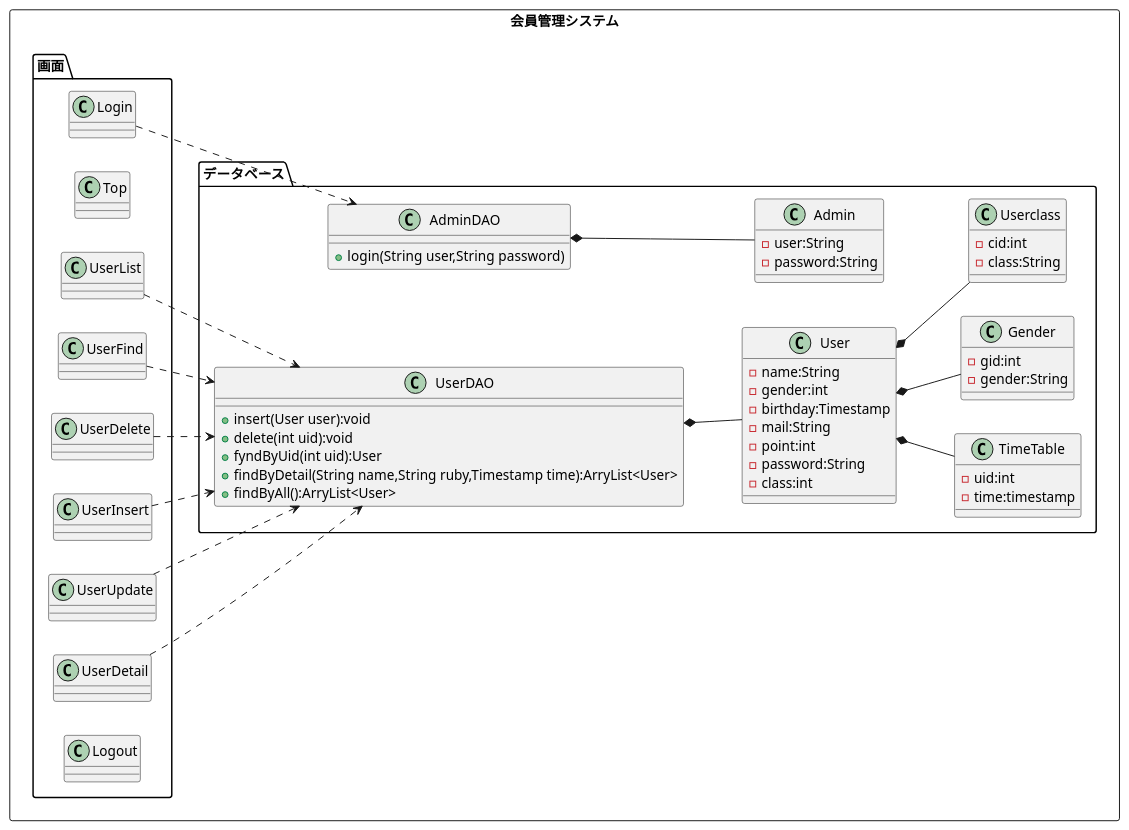
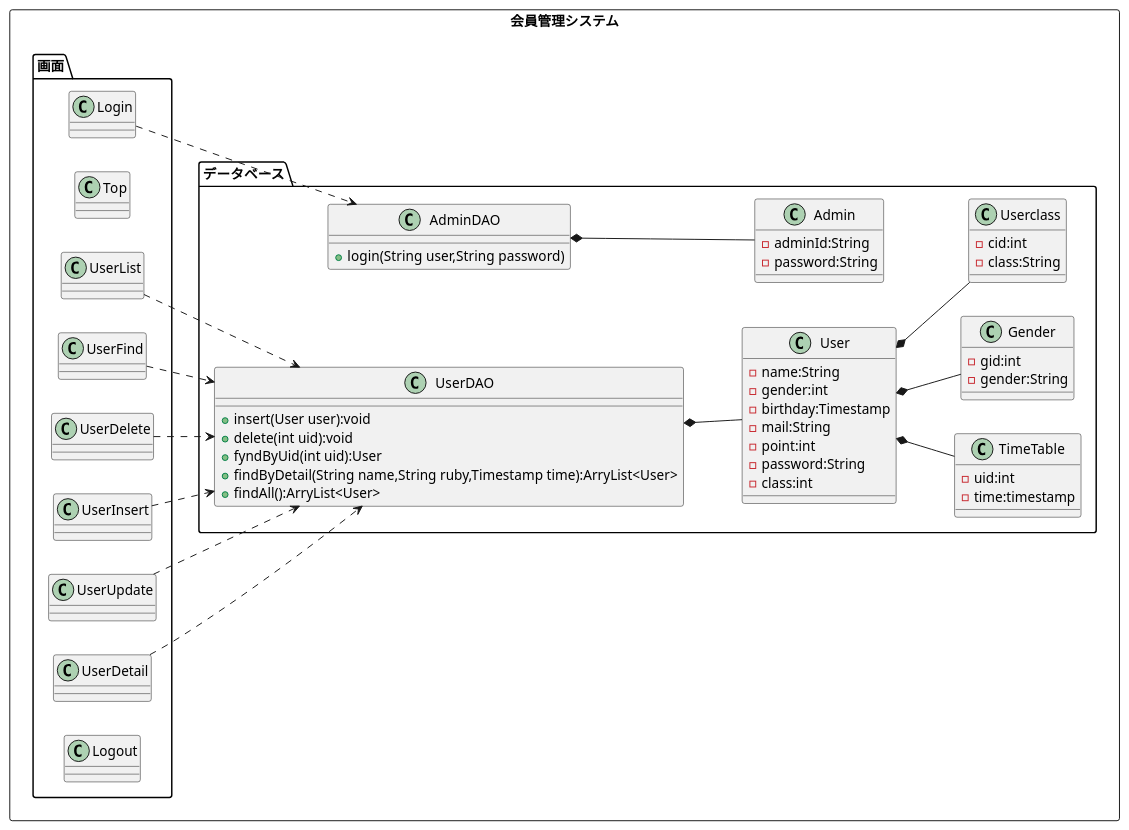
One commit to toufu66/ProjectC changed the diagram in uml_detail/class.pu. Above: the diagram before and after it, drawn with PlantUML.

Commit message:
クラス図 詳細設計

```diff
--- a/uml_detail/class.pu
+++ b/uml_detail/class.pu
@@ -1,96 +1,96 @@
 @startuml
 left to right direction
 rectangle 会員管理システム{
 package 画面{
 	class Login{
 
 	}
 	class Top{
 
 	}
 	class UserList{
 
 	}
 	class UserFind{
 
 	}
 	class UserDelete{
 
 	}
 	class UserInsert{
 
 	}
 	class UserUpdate{
 
 	}
 	class UserDetail{
 
 	}
 	class Logout{
 
 	}
 
 
 }
 
 package データベース{
 	class UserDAO{
 		+insert(User user):void
 		+delete(int uid):void
 		+fyndByUid(int uid):User
 		+findByDetail(String name,String ruby,Timestamp time):ArryList<User>
-		+findByAll():ArryList<User>
+		+findAll():ArryList<User>
 	}
 	class User{
 		-name:String
 		-gender:int
 		-birthday:Timestamp
 		-mail:String
 		-point:int
 		-password:String
 		-class:int
 	}
 	class Admin{
-		-user:String
+		-adminId:String
 		-password:String
 	}
 	class AdminDAO{
 
 		+login(String user,String password)
 
 	}
 	class TimeTable{
 		-uid:int
 		-time:timestamp
 
 	}
 	class Gender{
 		-gid:int
 		-gender:String
 
 	}
 	class Userclass{
 		-cid:int
 		-class:String
 
 	}
 
 }
 
 
 Login ..> AdminDAO
 
 UserList ..> UserDAO
 UserInsert ..> UserDAO
 UserUpdate ..> UserDAO
 UserDelete ..> UserDAO
 UserFind ..> UserDAO
 UserDetail ..>UserDAO
 UserDAO *--  User
 AdminDAO *--  Admin
 User *-- TimeTable
 User *-- Userclass
 User *-- Gender
 
 }
 @enduml
```
